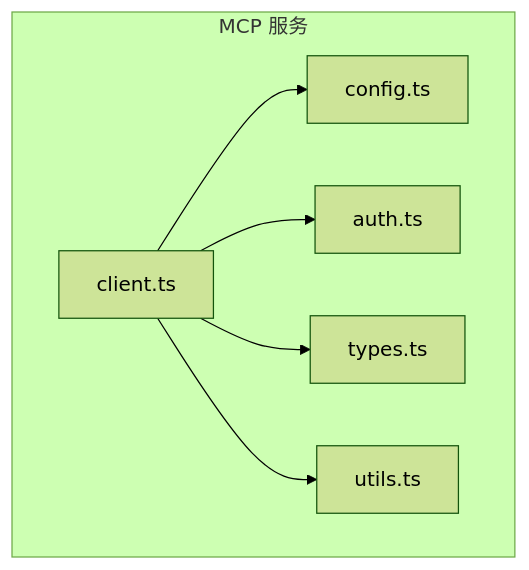
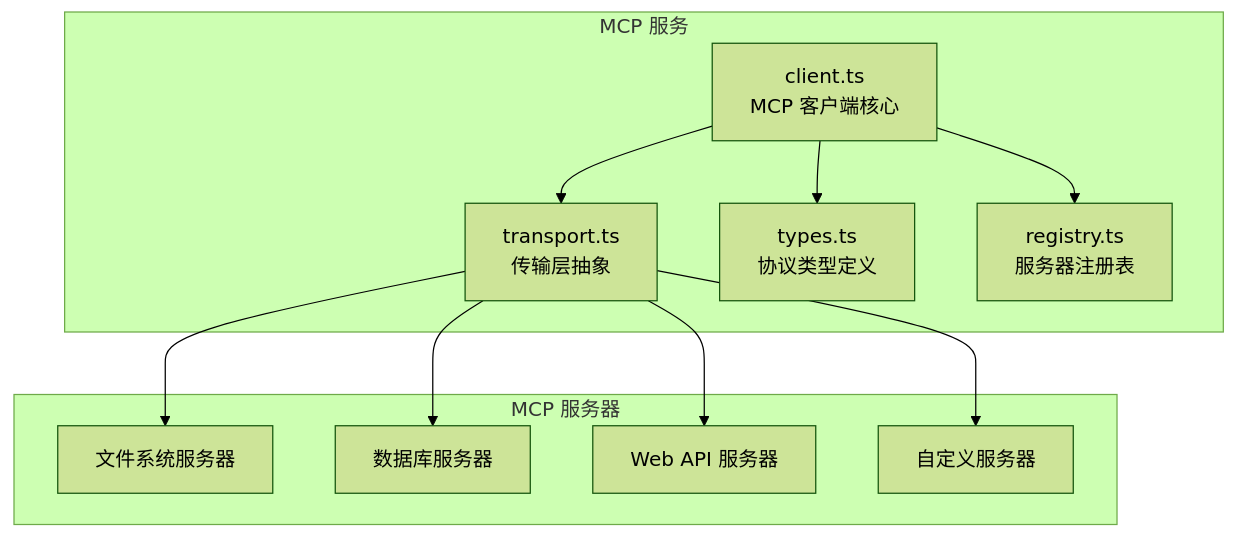
One commit to niuma996/claude-code-sourcemap-wiki changed the first of 3 diagrams in .nium-wiki/wiki/services/mcp.md. Above: the diagram before and after it, drawn with Mermaid (forest theme). The commit also changed other lines of this file and 41 other files, not shown here.

````diff
--- a/.nium-wiki/wiki/services/mcp.md
+++ b/.nium-wiki/wiki/services/mcp.md
@@ -11,14 +15,22 @@
 ```mermaid
 flowchart TB
-    subgraph MC ["MCP 服务"]
-        Client[client.ts]
-        Config[config.ts]
-        Auth[auth.ts]
-        Types[types.ts]
-        Utils[utils.ts]
+    subgraph MCPServices["MCP 服务"]
+        Client["client.ts<br/>MCP 客户端核心"]
+        Transport["transport.ts<br/>传输层抽象"]
+        Types["types.ts<br/>协议类型定义"]
+        Registry["registry.ts<br/>服务器注册表"]
     end
-    Client --> Config
-    Client --> Auth
+    subgraph MCPServers["MCP 服务器"]
+        FileSystem["文件系统服务器"]
+        Database["数据库服务器"]
+        WebAPI["Web API 服务器"]
+        Custom["自定义服务器"]
+    end
+    Client --> Transport
     Client --> Types
-    Client --> Utils
+    Client --> Registry
+    Transport --> FileSystem
+    Transport --> Database
+    Transport --> WebAPI
+    Transport --> Custom
 ```
````
